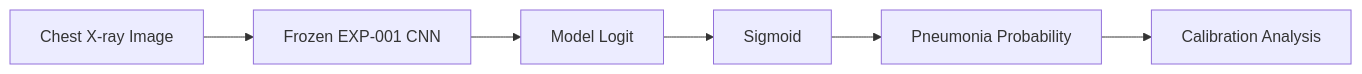
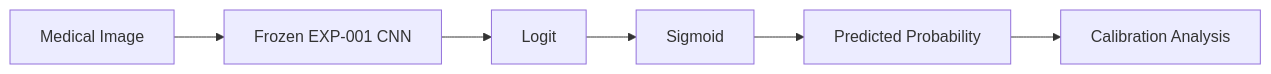
One commit to hammedfataio/trustworthy-healthcare-ai changed the second of 11 diagrams in docs/experiment_002_calibration.md. Above: the diagram before and after it, drawn with Mermaid. The commit also changed other lines of this file, not shown here.

````diff
--- a/docs/experiment_002_calibration.md
+++ b/docs/experiment_002_calibration.md
@@ -146,13 +140,13 @@
 ```mermaid
 flowchart LR
 
-    IMG["Chest X-ray Image"] --> CNN["Frozen EXP-001 CNN"]
+    IMG["Medical Image"] --> CNN["Frozen EXP-001 CNN"]
 
-    CNN --> LOGIT["Model Logit"]
+    CNN --> LOGIT["Logit"]
 
-    LOGIT --> SIG["Sigmoid"]
+    LOGIT --> SIGMOID["Sigmoid"]
 
-    SIG --> PROB["Pneumonia Probability"]
+    SIGMOID --> PROB["Predicted Probability"]
 
     PROB --> CAL["Calibration Analysis"]
 ```
````
